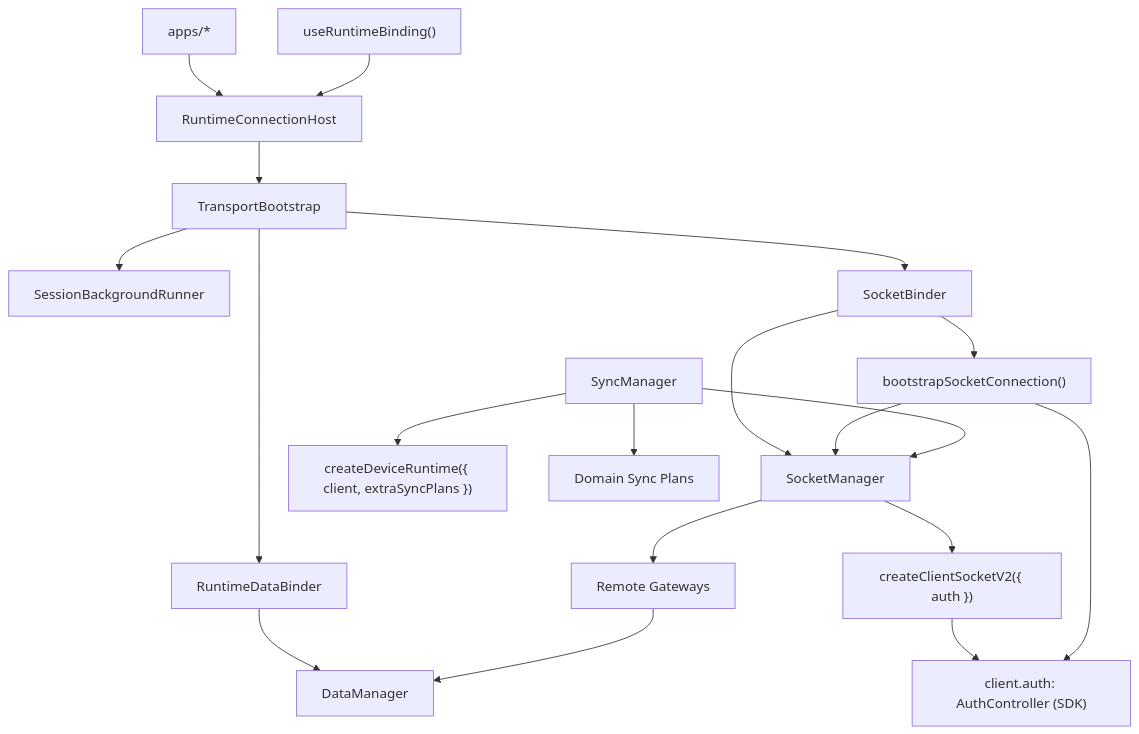
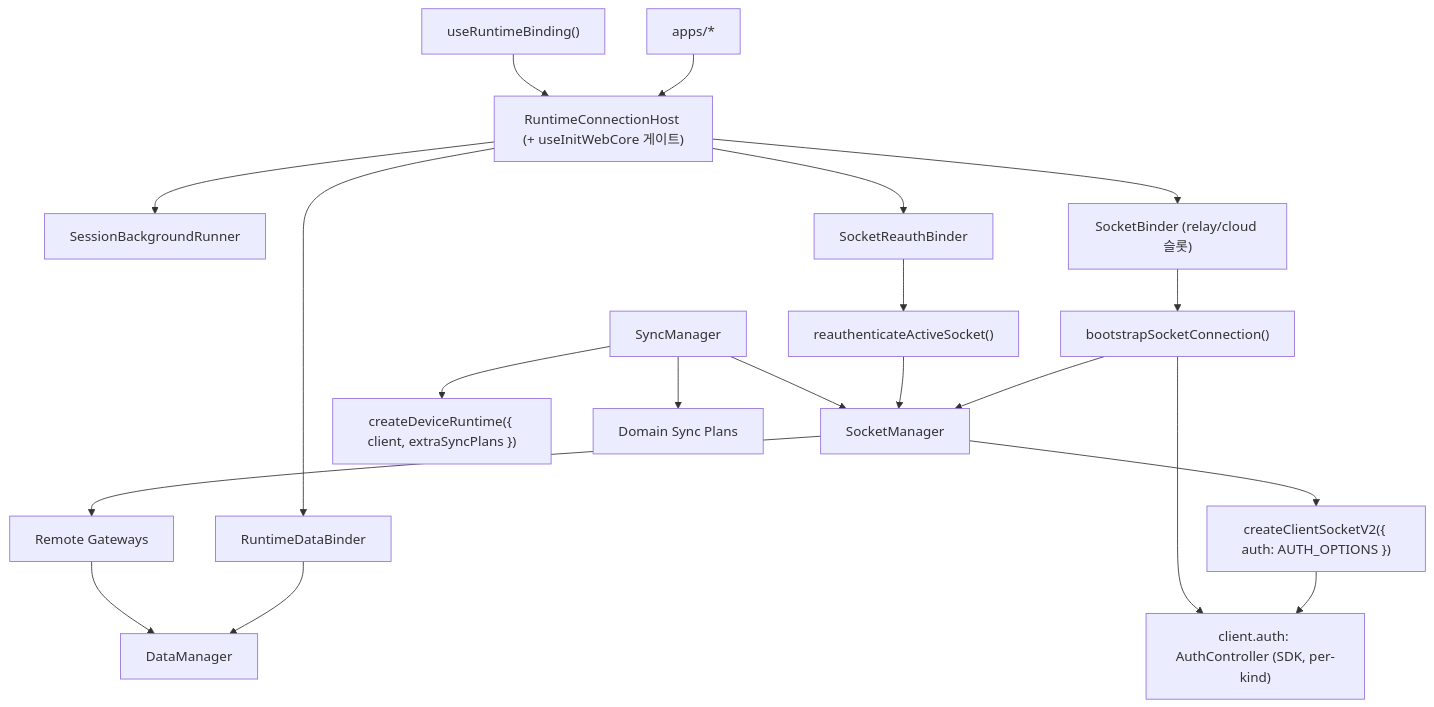
One commit to lemoncloud-io/dou-app changed the diagram in libs/app-runtime/docs/architecture.md. Above: the diagram before and after it, drawn with Mermaid. The commit also changed other lines of this file and 5 other files, not shown here.

First line of the commit message:
fix(app-runtime/socket): gate auth.update on device.save:ok

````diff
--- a/libs/app-runtime/docs/architecture.md
+++ b/libs/app-runtime/docs/architecture.md
@@ -32,25 +27,27 @@
 ```mermaid
 flowchart TD
-  App["apps/*"] --> Host["RuntimeConnectionHost"]
-  Host --> Bootstrap["TransportBootstrap"]
-  Bootstrap --> Runner["SessionBackgroundRunner"]
-  Bootstrap --> DataBinder["RuntimeDataBinder"]
-  Bootstrap --> SocketBinder["SocketBinder"]
-
+  App["apps/*"] --> Host["RuntimeConnectionHost (+ useInitWebCore 게이트)"]
   Binding["useRuntimeBinding()"] --> Host
 
+  Host --> Runner["SessionBackgroundRunner"]
+  Host --> DataBinder["RuntimeDataBinder"]
+  Host --> SocketBinder["SocketBinder (relay/cloud 슬롯)"]
+  Host --> Reauth["SocketReauthBinder"]
+
   DataBinder --> DataManager["DataManager"]
-  SocketBinder --> SocketManager["SocketManager"]
-  SocketBinder --> Bootstrap2["bootstrapSocketConnection()"]
+  SocketBinder --> Bootstrap["bootstrapSocketConnection()"]
+  Reauth --> ReauthFn["reauthenticateActiveSocket()"]
+  Bootstrap --> SocketManager["SocketManager"]
+  ReauthFn --> SocketManager
 
-  SocketManager --> Client["createClientSocketV2({ auth })"]
-  Client --> Auth["client.auth: AuthController (SDK)"]
-  Bootstrap2 --> Auth
-  Bootstrap2 --> SocketManager
+  SocketManager --> Client["createClientSocketV2({ auth: AUTH_OPTIONS })"]
+  Client --> Auth["client.auth: AuthController (SDK, per-kind)"]
+  Bootstrap --> Auth
+
   SyncManager["SyncManager"] --> SocketManager
   SyncManager --> DeviceRuntime["createDeviceRuntime({ client, extraSyncPlans })"]
   SyncManager --> Plans["Domain Sync Plans"]
 
   SocketManager --> Gateways["Remote Gateways"]
   Gateways --> DataManager
 ```
````
